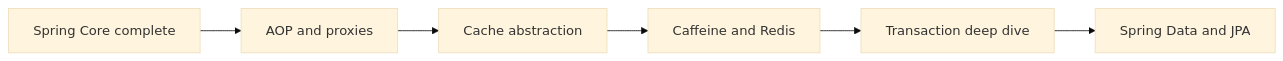
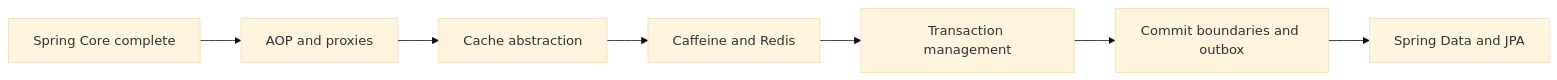
One commit to alimbetov/obsidian changed the diagram in 01_MAPS/Spring Map.md. Above: the diagram before and after it, drawn with Mermaid (base theme). The commit also changed other lines of this file, not shown here.

Commit message:
Publish Spring transaction route in map

````diff
--- a/01_MAPS/Spring Map.md
+++ b/01_MAPS/Spring Map.md
@@ -19,8 +20,9 @@
 ```mermaid
 flowchart LR
     CORE[Spring Core complete] --> AOP[AOP and proxies]
     AOP --> CACHE[Cache abstraction]
     CACHE --> PROVIDERS[Caffeine and Redis]
-    PROVIDERS --> TX[Transaction deep dive]
-    TX --> DATA[Spring Data and JPA]
+    PROVIDERS --> TX[Transaction management]
+    TX --> OUTBOX[Commit boundaries and outbox]
+    OUTBOX --> DATA[Spring Data and JPA]
 ```
````
